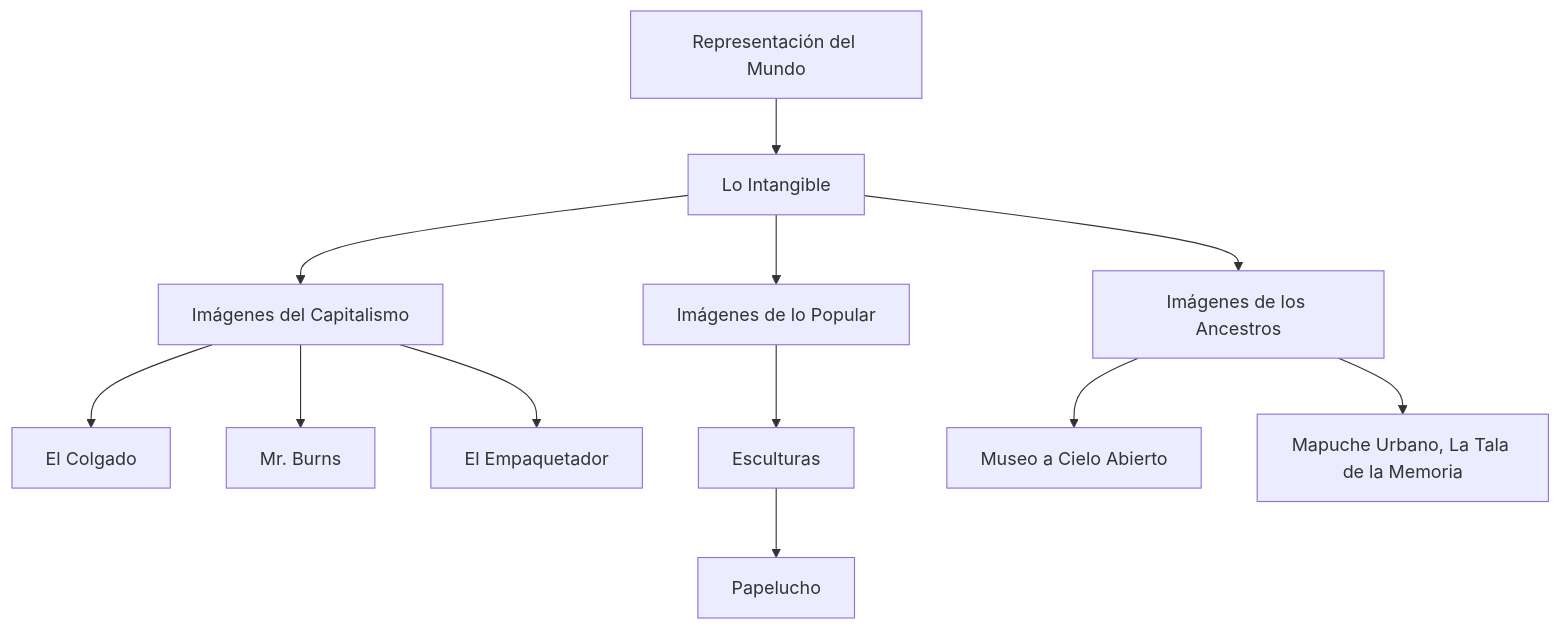
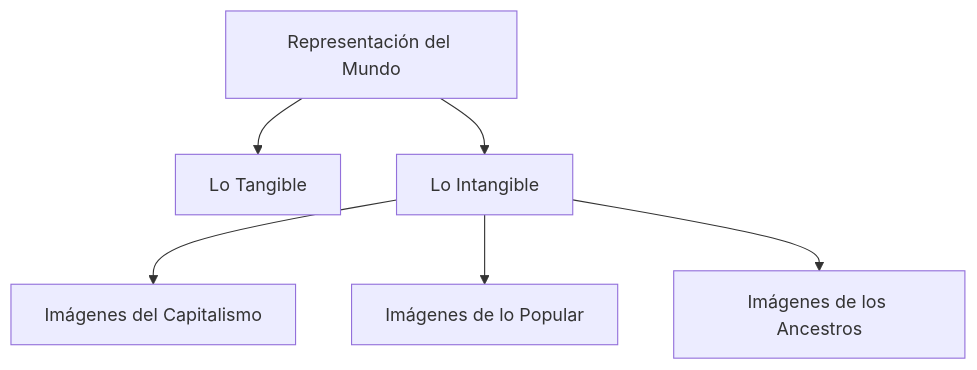
One commit to EGGS-Artesvisuales/EGGS-Artesvisuales.github.io changed the diagram in ES/intangible.md. Above: the diagram before and after it, drawn with Mermaid. The commit also changed other lines of this file, not shown here.

```diff
--- a/ES/intangible.md
+++ b/ES/intangible.md
@@ -28,32 +29,17 @@
 <div class="mermaid">
 graph TD
     Representacion["Representación del Mundo"]
+    Representacion --> Tangible["Lo Tangible"]
     Representacion --> Intangible["Lo Intangible"]
 
     Intangible --> Capitalismo["Imágenes del Capitalismo"]
     Intangible --> Popular["Imágenes de lo Popular"]
     Intangible --> Ancestros["Imágenes de los Ancestros"]
 
-    Capitalismo --> Colgado["El Colgado"]
-    Capitalismo --> Burns["Mr. Burns"]
-    Capitalismo --> Empaquetador["El Empaquetador"]
-
-    Popular --> Esculturas["Esculturas"]
-    Esculturas --> Papelucho["Papelucho"]
-
-    Ancestros --> Museo["Museo a Cielo Abierto"]
-    Ancestros --> Mapuche["Mapuche Urbano, La Tala de la Memoria"]
-
     click Representacion "/ES/mundo-exterior.html" "Ir a Representación del Mundo"
+    click Tangible "/ES/tangible.html" "Ir a Lo Tangible"
     click Intangible "/ES/intangible.html" "Ir a Lo Intangible"
     click Capitalismo "/ES/imagenes-capitalismo.html" "Ir a Imágenes del Capitalismo"
-    click Colgado "/ES/el-colgado.html" "Ir a El Colgado"
-    click Burns "/ES/mr-burns.html" "Ir a Mr. Burns"
-    click Empaquetador "/ES/el-empaquetador.html" "Ir a El Empaquetador"
     click Popular "/ES/imagenes-popular.html" "Ir a Imágenes de lo Popular"
-    click Esculturas "/ES/esculturas.html" "Ir a Esculturas"
-    click Papelucho "/ES/papelucho.html" "Ir a Papelucho"
     click Ancestros "/ES/imagenes-ancestros.html" "Ir a Imágenes de los Ancestros"
-    click Museo "/ES/museo-a-cielo-abierto.html" "Ir a Museo a Cielo Abierto"
-    click Mapuche "/ES/mapuche-urbano.html" "Ir a Mapuche Urbano"
 </div>
```
